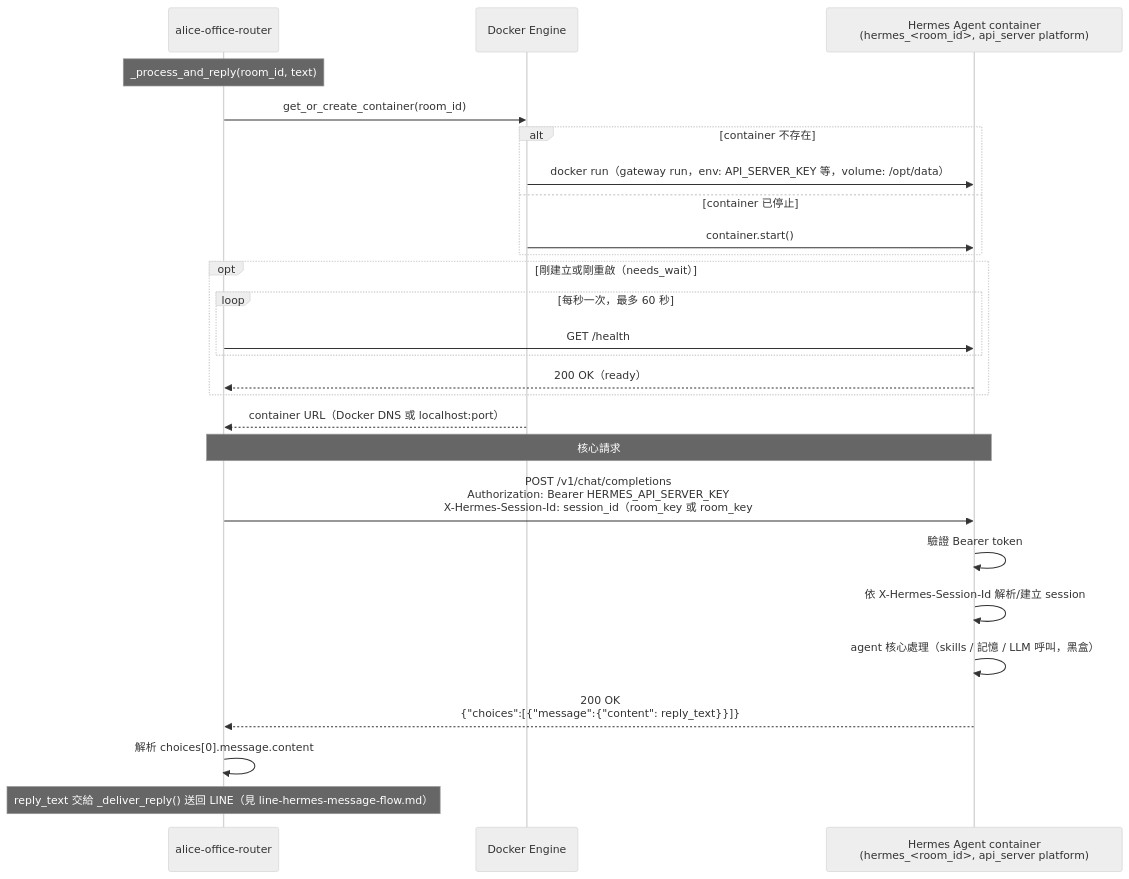
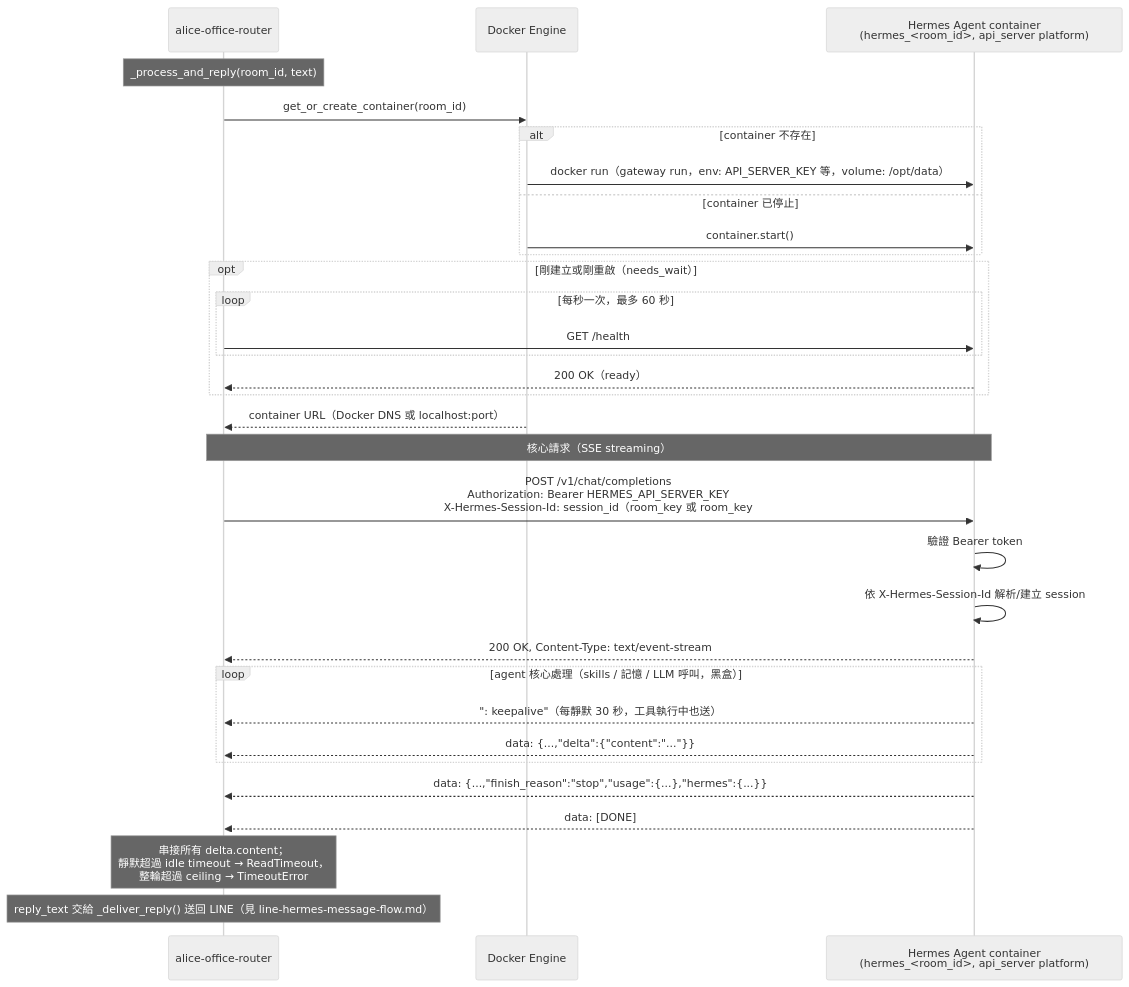
The second of 2 diagrams in docs/router-hermes-agent-protocol.md (marychouchou/alice-office), drawn with Mermaid (neutral theme) before and after one commit. The commit also changed other lines of this file and 9 other files, not shown here.

````diff
--- a/docs/router-hermes-agent-protocol.md
+++ b/docs/router-hermes-agent-protocol.md
@@ -125,31 +156,36 @@
 ```mermaid
 sequenceDiagram
     participant R as alice-office-router
     participant D as Docker Engine
     participant H as Hermes Agent container<br/>(hermes_#lt;room_id#gt;, api_server platform)
 
     Note over R: _process_and_reply(room_id, text)
     R->>D: get_or_create_container(room_id)
     alt container 不存在
         D->>H: docker run（gateway run，env: API_SERVER_KEY 等，volume: /opt/data）
     else container 已停止
         D->>H: container.start()
     end
     opt 剛建立或剛重啟（needs_wait）
         loop 每秒一次，最多 60 秒
             R->>H: GET /health
         end
         H-->>R: 200 OK（ready）
     end
     D-->>R: container URL（Docker DNS 或 localhost:port）
 
-    Note over R,H: 核心請求
-    R->>H: POST /v1/chat/completions<br/>Authorization: Bearer HERMES_API_SERVER_KEY<br/>X-Hermes-Session-Id: session_id（room_key 或 room_key#epoch）<br/>body: {"messages":[{"role":"user","content":text}]}
+    Note over R,H: 核心請求（SSE streaming）
+    R->>H: POST /v1/chat/completions<br/>Authorization: Bearer HERMES_API_SERVER_KEY<br/>X-Hermes-Session-Id: session_id（room_key 或 room_key#epoch）<br/>body: {"messages":[...], "stream": true}
     H->>H: 驗證 Bearer token
     H->>H: 依 X-Hermes-Session-Id 解析/建立 session
-    H->>H: agent 核心處理（skills / 記憶 / LLM 呼叫，黑盒）
-    H-->>R: 200 OK<br/>{"choices":[{"message":{"content": reply_text}}]}
-    R->>R: 解析 choices[0].message.content
+    H-->>R: 200 OK, Content-Type: text/event-stream
+    loop agent 核心處理（skills / 記憶 / LLM 呼叫，黑盒）
+        H-->>R: ": keepalive"（每靜默 30 秒，工具執行中也送）
+        H-->>R: data: {...,"delta":{"content":"..."}}
+    end
+    H-->>R: data: {...,"finish_reason":"stop","usage":{...},"hermes":{...}}
+    H-->>R: data: [DONE]
+    Note over R: 串接所有 delta.content；<br/>靜默超過 idle timeout → ReadTimeout，<br/>整輪超過 ceiling → TimeoutError
 
     Note over R: reply_text 交給 _deliver_reply() 送回 LINE（見 line-hermes-message-flow.md）
 ```
````
